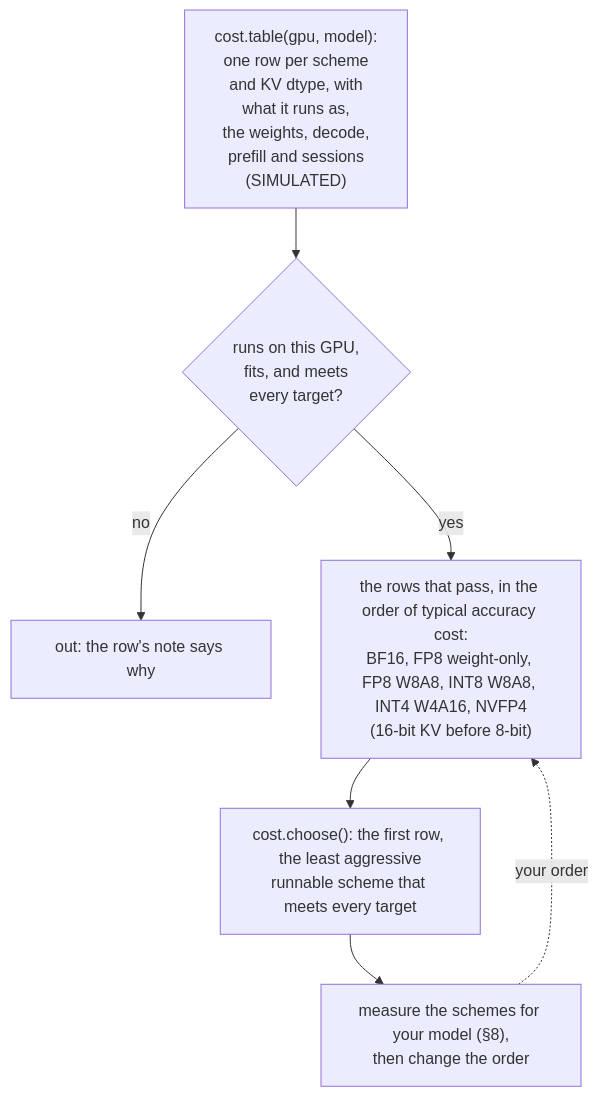
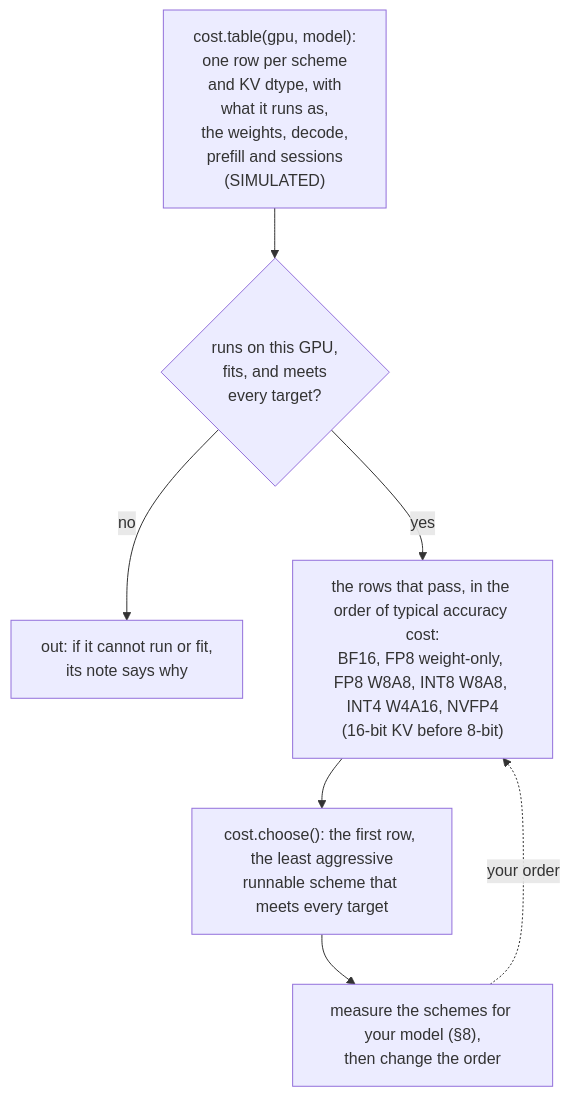
Before and after one commit to aniryou/full-stack-agentic-engineer: the second of 2 diagrams in 04-inference-engine/quantization/PRIMER.md, drawn with Mermaid. The commit also changed other lines of this file and 51 other files, not shown here.

````diff
--- a/04-inference-engine/quantization/PRIMER.md
+++ b/04-inference-engine/quantization/PRIMER.md
@@ -868,9 +868,9 @@
 ```mermaid
 flowchart TB
   T["cost.table(gpu, model):<br/>one row per scheme<br/>and KV dtype, with<br/>what it runs as,<br/>the weights, decode,<br/>prefill and sessions<br/>(SIMULATED)"] --> A{"runs on this GPU,<br/>fits, and meets<br/>every target?"}
-  A -->|"no"| X["out: the row's note says why"]
+  A -->|"no"| X["out: if it cannot run or fit,<br/>its note says why"]
   A -->|"yes"| O["the rows that pass, in the order of typical accuracy cost:<br/>BF16, FP8 weight-only, FP8 W8A8, INT8 W8A8, INT4 W4A16, NVFP4<br/>(16-bit KV before 8-bit)"]
   O --> C["cost.choose(): the first row, the least aggressive<br/>runnable scheme that meets every target"]
   C --> M["measure the schemes for your model (§8),<br/>then change the order"]
   M -.->|"your order"| O
 ```
````
